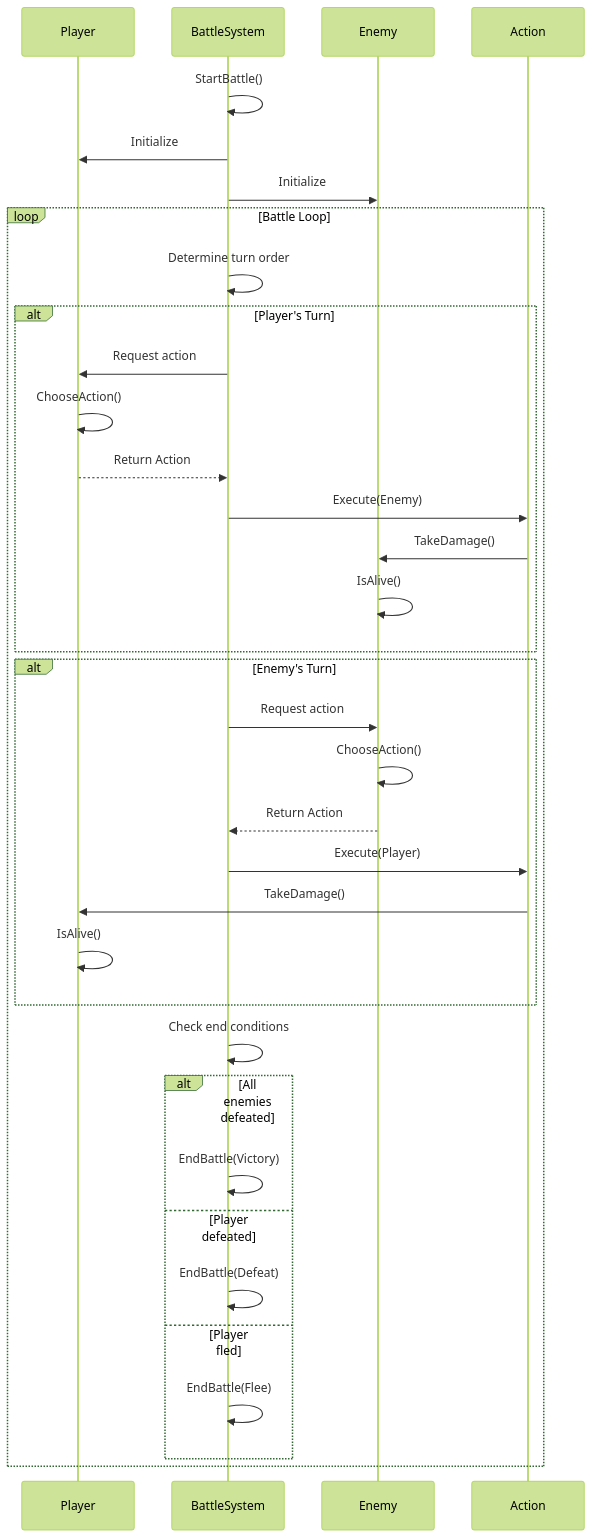
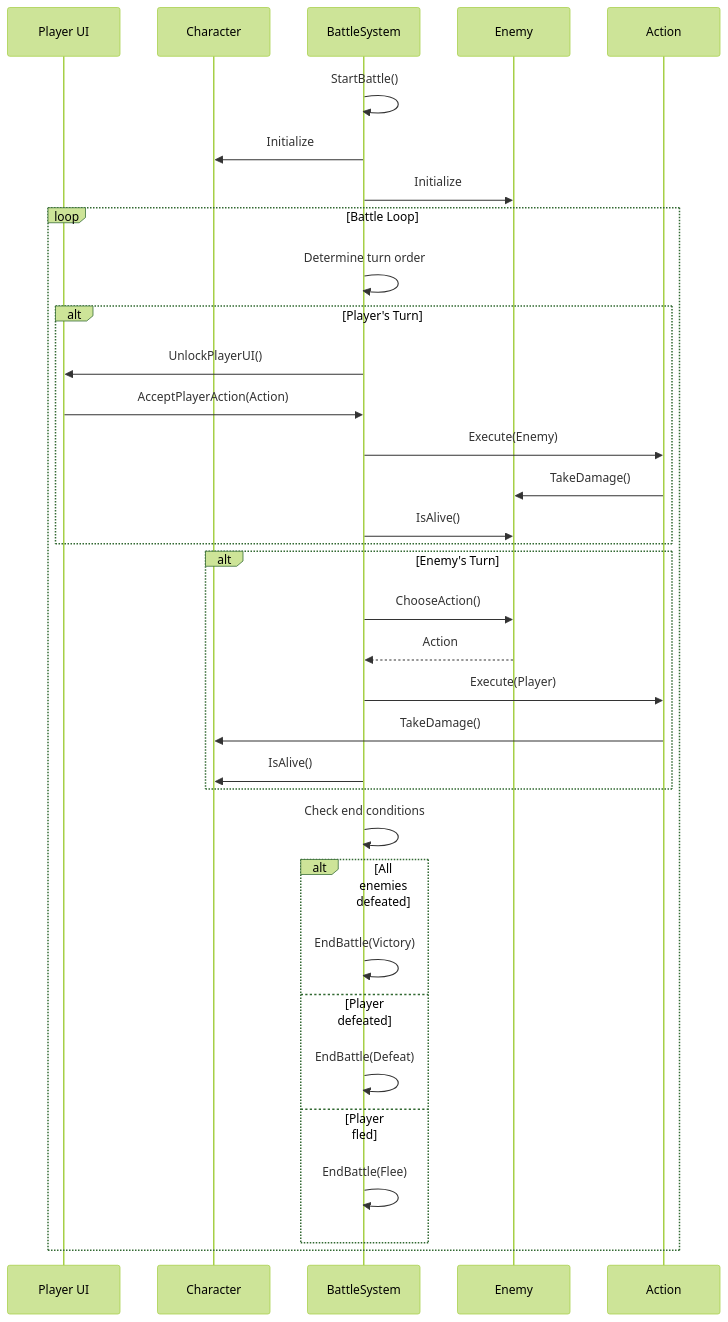
One commit to d0rich/EchoReborn changed the second of 2 diagrams in docs/Battle.md. Above: the diagram before and after it, drawn with Mermaid (forest theme). The commit also changed other lines of this file, not shown here.

Commit message:
Battle Diagrams

````diff
--- a/docs/Battle.md
+++ b/docs/Battle.md
@@ -123,44 +68,43 @@
 ```mermaid
 sequenceDiagram
-    participant P as Player
+    participant UI as Player UI
+    participant P as Character
     participant BS as BattleSystem
     participant E as Enemy
     participant A as Action
 
     BS->>BS: StartBattle()
     BS->>P: Initialize
     BS->>E: Initialize
     
     loop Battle Loop
         BS->>BS: Determine turn order
         
         alt Player's Turn
-            BS->>P: Request action
-            P->>P: ChooseAction()
-            P-->>BS: Return Action
+            BS->>UI: UnlockPlayerUI()
+            UI->>BS: AcceptPlayerAction(Action)
             BS->>A: Execute(Enemy)
             A->>E: TakeDamage()
-            E->>E: IsAlive()
+            BS->>E: IsAlive()
         end
         
         alt Enemy's Turn
-            BS->>E: Request action
-            E->>E: ChooseAction()
-            E-->>BS: Return Action
+            BS->>E: ChooseAction()
+            E-->>BS: Action
             BS->>A: Execute(Player)
             A->>P: TakeDamage()
-            P->>P: IsAlive()
+            BS->>P: IsAlive()
         end
         
         BS->>BS: Check end conditions
         
         alt All enemies defeated
             BS->>BS: EndBattle(Victory)
         else Player defeated
             BS->>BS: EndBattle(Defeat)
         else Player fled
             BS->>BS: EndBattle(Flee)
         end
     end
 
 ```
````
